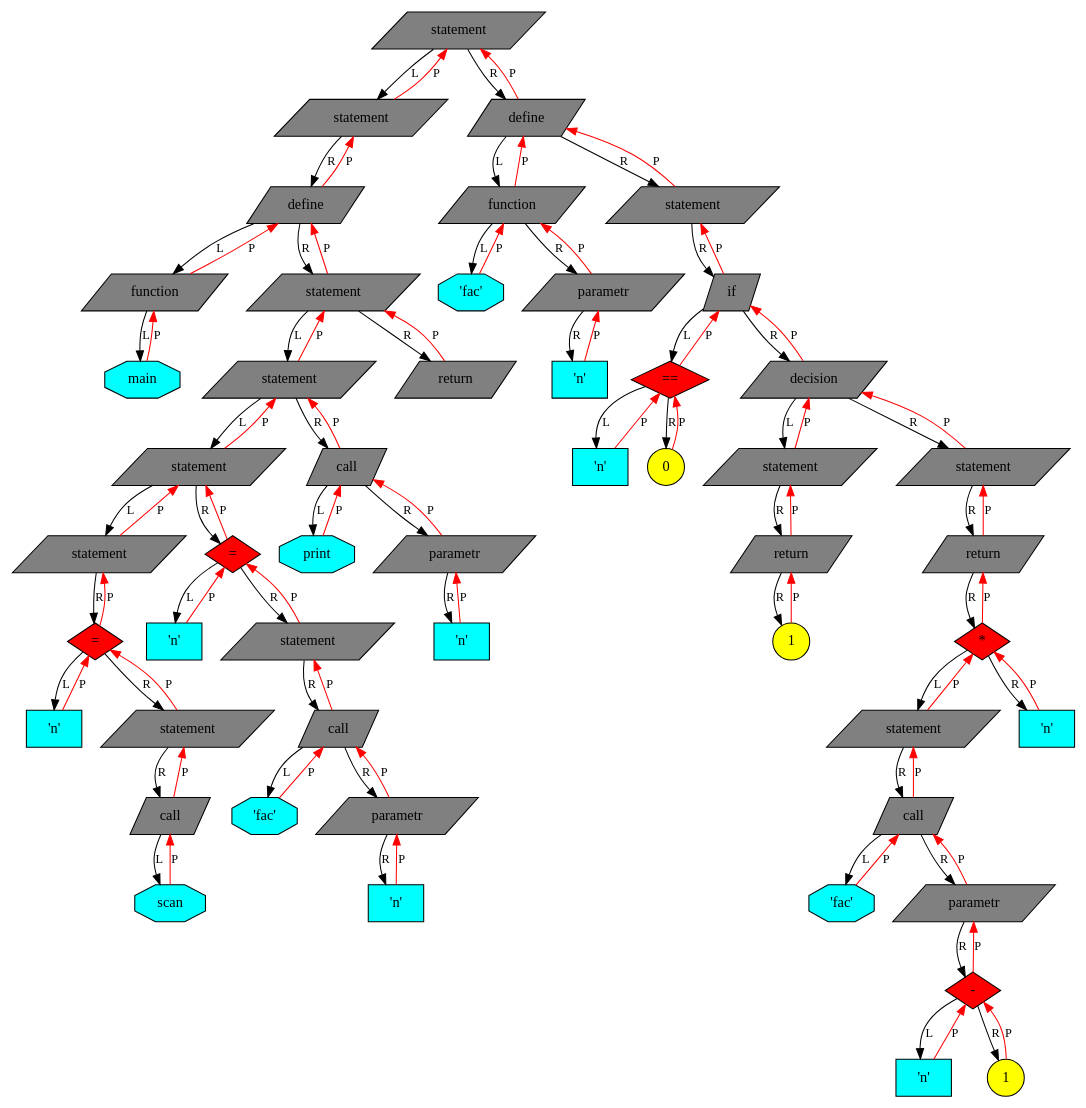
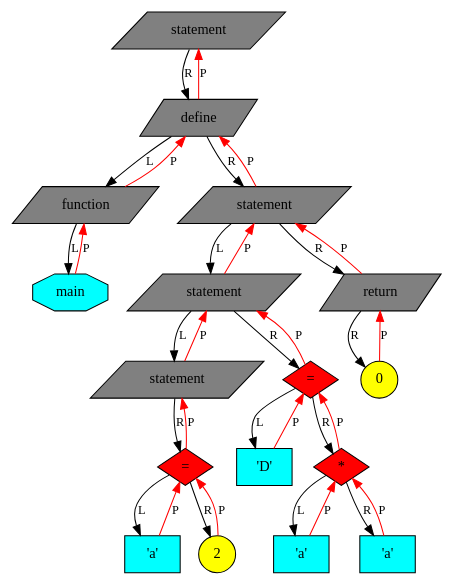
Before and after one commit to vihlancevk/MyProgrammingLanguage.2: the diagram in res/graphviz.gv, drawn with Graphviz. The commit also changed 7 other files, not shown here.

```diff
--- a/res/graphviz.gv
+++ b/res/graphviz.gv
@@ -4,157 +4,55 @@
 
 	node[fontsize=14];
 
-	94231579767584[shape=record, shape=parallelogram, style="filled", fillcolor=grey, label="statement"];
-	94231579723456[shape=record, shape=parallelogram, style="filled", fillcolor=grey, label="statement"];
-	94231579723520[shape=record, shape=parallelogram, style="filled", fillcolor=grey, label="define"];
-	94231579724000[shape=record, shape=parallelogram, style="filled", fillcolor=grey, label="function"];
-	94231579724480[shape=record, shape=octagon, style="filled", fillcolor=cyan, label="main"];
-	94231579766208[shape=record, shape=parallelogram, style="filled", fillcolor=grey, label="statement"];
-	94231579763808[shape=record, shape=parallelogram, style="filled", fillcolor=grey, label="statement"];
-	94231579727008[shape=record, shape=parallelogram, style="filled", fillcolor=grey, label="statement"];
-	94231579724960[shape=record, shape=parallelogram, style="filled", fillcolor=grey, label="statement"];
-	94231579725024[shape=record, shape=diamond, style="filled", fillcolor=red, label="="];
-	94231579725504[shape=record, shape=rectangle, style="filled", fillcolor=cyan, label="'n'"];
-	94231579725984[shape=record, shape=parallelogram, style="filled", fillcolor=grey, label="statement"];
-	94231579726048[shape=record, shape=parallelogram, style="filled", fillcolor=grey, label="call"];
-	94231579726528[shape=record, shape=octagon, style="filled", fillcolor=cyan, label="scan"];
-	94231579760032[shape=record, shape=diamond, style="filled", fillcolor=red, label="="];
-	94231579760512[shape=record, shape=rectangle, style="filled", fillcolor=cyan, label="'n'"];
-	94231579760992[shape=record, shape=parallelogram, style="filled", fillcolor=grey, label="statement"];
-	94231579761056[shape=record, shape=parallelogram, style="filled", fillcolor=grey, label="call"];
-	94231579761536[shape=record, shape=octagon, style="filled", fillcolor=cyan, label="'fac'"];
-	94231579762016[shape=record, shape=parallelogram, style="filled", fillcolor=grey, label="parametr"];
-	94231579762080[shape=record, shape=rectangle, style="filled", fillcolor=cyan, label="'n'"];
-	94231579763872[shape=record, shape=parallelogram, style="filled", fillcolor=grey, label="call"];
-	94231579764352[shape=record, shape=octagon, style="filled", fillcolor=cyan, label="print"];
-	94231579764832[shape=record, shape=parallelogram, style="filled", fillcolor=grey, label="parametr"];
-	94231579764896[shape=record, shape=rectangle, style="filled", fillcolor=cyan, label="'n'"];
-	94231579766272[shape=record, shape=parallelogram, style="filled", fillcolor=grey, label="return"];
-	94231579767648[shape=record, shape=parallelogram, style="filled", fillcolor=grey, label="define"];
-	94231579768128[shape=record, shape=parallelogram, style="filled", fillcolor=grey, label="function"];
-	94231579768608[shape=record, shape=octagon, style="filled", fillcolor=cyan, label="'fac'"];
-	94231579769088[shape=record, shape=parallelogram, style="filled", fillcolor=grey, label="parametr"];
-	94231579769152[shape=record, shape=rectangle, style="filled", fillcolor=cyan, label="'n'"];
-	94231579770048[shape=record, shape=parallelogram, style="filled", fillcolor=grey, label="statement"];
-	94231579770112[shape=record, shape=parallelogram, style="filled", fillcolor=grey, label="if"];
-	94231579771136[shape=record, shape=diamond, style="filled", fillcolor=red, label="=="];
-	94231579770592[shape=record, shape=rectangle, style="filled", fillcolor=cyan, label="'n'"];
-	94231579771072[shape=record, shape=circle, style="filled", fillcolor=yellow, label="0"];
-	94231579771616[shape=record, shape=parallelogram, style="filled", fillcolor=grey, label="decision"];
-	94231579772096[shape=record, shape=parallelogram, style="filled", fillcolor=grey, label="statement"];
-	94231579772160[shape=record, shape=parallelogram, style="filled", fillcolor=grey, label="return"];
-	94231579772640[shape=record, shape=circle, style="filled", fillcolor=yellow, label="1"];
-	94231579773120[shape=record, shape=parallelogram, style="filled", fillcolor=grey, label="statement"];
-	94231579773184[shape=record, shape=parallelogram, style="filled", fillcolor=grey, label="return"];
-	94231579777088[shape=record, shape=diamond, style="filled", fillcolor=red, label="*"];
-	94231579773664[shape=record, shape=parallelogram, style="filled", fillcolor=grey, label="statement"];
-	94231579773728[shape=record, shape=parallelogram, style="filled", fillcolor=grey, label="call"];
-	94231579774208[shape=record, shape=octagon, style="filled", fillcolor=cyan, label="'fac'"];
-	94231579774688[shape=record, shape=parallelogram, style="filled", fillcolor=grey, label="parametr"];
-	94231579775296[shape=record, shape=diamond, style="filled", fillcolor=red, label="-"];
-	94231579774752[shape=record, shape=rectangle, style="filled", fillcolor=cyan, label="'n'"];
-	94231579775232[shape=record, shape=circle, style="filled", fillcolor=yellow, label="1"];
-	94231579776608[shape=record, shape=rectangle, style="filled", fillcolor=cyan, label="'n'"];
+	94280130643264[shape=record, shape=parallelogram, style="filled", fillcolor=grey, label="statement"];
+	94280130643328[shape=record, shape=parallelogram, style="filled", fillcolor=grey, label="define"];
+	94280130643808[shape=record, shape=parallelogram, style="filled", fillcolor=grey, label="function"];
+	94280130644288[shape=record, shape=octagon, style="filled", fillcolor=cyan, label="main"];
+	94280130647072[shape=record, shape=parallelogram, style="filled", fillcolor=grey, label="statement"];
+	94280130646272[shape=record, shape=parallelogram, style="filled", fillcolor=grey, label="statement"];
+	94280130644768[shape=record, shape=parallelogram, style="filled", fillcolor=grey, label="statement"];
+	94280130644832[shape=record, shape=diamond, style="filled", fillcolor=red, label="="];
+	94280130645312[shape=record, shape=rectangle, style="filled", fillcolor=cyan, label="'a'"];
+	94280130645792[shape=record, shape=circle, style="filled", fillcolor=yellow, label="2"];
+	94280130646336[shape=record, shape=diamond, style="filled", fillcolor=red, label="="];
+	94280130646816[shape=record, shape=rectangle, style="filled", fillcolor=cyan, label="'D'"];
+	94280130647008[shape=record, shape=diamond, style="filled", fillcolor=red, label="*"];
+	94280130646880[shape=record, shape=rectangle, style="filled", fillcolor=cyan, label="'a'"];
+	94280130646944[shape=record, shape=rectangle, style="filled", fillcolor=cyan, label="'a'"];
+	94280130657376[shape=record, shape=parallelogram, style="filled", fillcolor=grey, label="return"];
+	94280130657856[shape=record, shape=circle, style="filled", fillcolor=yellow, label="0"];
 
-	94231579767584 -> 94231579723456[label = "L", fontsize=12]
-	94231579767584 -> 94231579767648[label = "R", fontsize=12]
-	94231579723456 -> 94231579767584[label = "P", color=red, fontsize=12]
-	94231579723456 -> 94231579723520[label = "R", fontsize=12]
-	94231579723520 -> 94231579723456[label = "P", color=red, fontsize=12]
-	94231579723520 -> 94231579724000[label = "L", fontsize=12]
-	94231579723520 -> 94231579766208[label = "R", fontsize=12]
-	94231579724000 -> 94231579723520[label = "P", color=red, fontsize=12]
-	94231579724000 -> 94231579724480[label = "L", fontsize=12]
-	94231579724480 -> 94231579724000[label = "P", color=red, fontsize=12]
-	94231579766208 -> 94231579723520[label = "P", color=red, fontsize=12]
-	94231579766208 -> 94231579763808[label = "L", fontsize=12]
-	94231579766208 -> 94231579766272[label = "R", fontsize=12]
-	94231579763808 -> 94231579766208[label = "P", color=red, fontsize=12]
-	94231579763808 -> 94231579727008[label = "L", fontsize=12]
-	94231579763808 -> 94231579763872[label = "R", fontsize=12]
-	94231579727008 -> 94231579763808[label = "P", color=red, fontsize=12]
-	94231579727008 -> 94231579724960[label = "L", fontsize=12]
-	94231579727008 -> 94231579760032[label = "R", fontsize=12]
-	94231579724960 -> 94231579727008[label = "P", color=red, fontsize=12]
-	94231579724960 -> 94231579725024[label = "R", fontsize=12]
-	94231579725024 -> 94231579724960[label = "P", color=red, fontsize=12]
-	94231579725024 -> 94231579725504[label = "L", fontsize=12]
-	94231579725024 -> 94231579725984[label = "R", fontsize=12]
-	94231579725504 -> 94231579725024[label = "P", color=red, fontsize=12]
-	94231579725984 -> 94231579725024[label = "P", color=red, fontsize=12]
-	94231579725984 -> 94231579726048[label = "R", fontsize=12]
-	94231579726048 -> 94231579725984[label = "P", color=red, fontsize=12]
-	94231579726048 -> 94231579726528[label = "L", fontsize=12]
-	94231579726528 -> 94231579726048[label = "P", color=red, fontsize=12]
-	94231579760032 -> 94231579727008[label = "P", color=red, fontsize=12]
-	94231579760032 -> 94231579760512[label = "L", fontsize=12]
-	94231579760032 -> 94231579760992[label = "R", fontsize=12]
-	94231579760512 -> 94231579760032[label = "P", color=red, fontsize=12]
-	94231579760992 -> 94231579760032[label = "P", color=red, fontsize=12]
-	94231579760992 -> 94231579761056[label = "R", fontsize=12]
-	94231579761056 -> 94231579760992[label = "P", color=red, fontsize=12]
-	94231579761056 -> 94231579761536[label = "L", fontsize=12]
-	94231579761056 -> 94231579762016[label = "R", fontsize=12]
-	94231579761536 -> 94231579761056[label = "P", color=red, fontsize=12]
-	94231579762016 -> 94231579761056[label = "P", color=red, fontsize=12]
-	94231579762016 -> 94231579762080[label = "R", fontsize=12]
-	94231579762080 -> 94231579762016[label = "P", color=red, fontsize=12]
-	94231579763872 -> 94231579763808[label = "P", color=red, fontsize=12]
-	94231579763872 -> 94231579764352[label = "L", fontsize=12]
-	94231579763872 -> 94231579764832[label = "R", fontsize=12]
-	94231579764352 -> 94231579763872[label = "P", color=red, fontsize=12]
-	94231579764832 -> 94231579763872[label = "P", color=red, fontsize=12]
-	94231579764832 -> 94231579764896[label = "R", fontsize=12]
-	94231579764896 -> 94231579764832[label = "P", color=red, fontsize=12]
-	94231579766272 -> 94231579766208[label = "P", color=red, fontsize=12]
-	94231579767648 -> 94231579767584[label = "P", color=red, fontsize=12]
-	94231579767648 -> 94231579768128[label = "L", fontsize=12]
-	94231579767648 -> 94231579770048[label = "R", fontsize=12]
-	94231579768128 -> 94231579767648[label = "P", color=red, fontsize=12]
-	94231579768128 -> 94231579768608[label = "L", fontsize=12]
-	94231579768128 -> 94231579769088[label = "R", fontsize=12]
-	94231579768608 -> 94231579768128[label = "P", color=red, fontsize=12]
-	94231579769088 -> 94231579768128[label = "P", color=red, fontsize=12]
-	94231579769088 -> 94231579769152[label = "R", fontsize=12]
-	94231579769152 -> 94231579769088[label = "P", color=red, fontsize=12]
-	94231579770048 -> 94231579767648[label = "P", color=red, fontsize=12]
-	94231579770048 -> 94231579770112[label = "R", fontsize=12]
-	94231579770112 -> 94231579770048[label = "P", color=red, fontsize=12]
-	94231579770112 -> 94231579771136[label = "L", fontsize=12]
-	94231579770112 -> 94231579771616[label = "R", fontsize=12]
-	94231579771136 -> 94231579770112[label = "P", color=red, fontsize=12]
-	94231579771136 -> 94231579770592[label = "L", fontsize=12]
-	94231579771136 -> 94231579771072[label = "R", fontsize=12]
-	94231579770592 -> 94231579771136[label = "P", color=red, fontsize=12]
-	94231579771072 -> 94231579771136[label = "P", color=red, fontsize=12]
-	94231579771616 -> 94231579770112[label = "P", color=red, fontsize=12]
-	94231579771616 -> 94231579772096[label = "L", fontsize=12]
-	94231579771616 -> 94231579773120[label = "R", fontsize=12]
-	94231579772096 -> 94231579771616[label = "P", color=red, fontsize=12]
-	94231579772096 -> 94231579772160[label = "R", fontsize=12]
-	94231579772160 -> 94231579772096[label = "P", color=red, fontsize=12]
-	94231579772160 -> 94231579772640[label = "R", fontsize=12]
-	94231579772640 -> 94231579772160[label = "P", color=red, fontsize=12]
-	94231579773120 -> 94231579771616[label = "P", color=red, fontsize=12]
-	94231579773120 -> 94231579773184[label = "R", fontsize=12]
-	94231579773184 -> 94231579773120[label = "P", color=red, fontsize=12]
-	94231579773184 -> 94231579777088[label = "R", fontsize=12]
-	94231579777088 -> 94231579773184[label = "P", color=red, fontsize=12]
-	94231579777088 -> 94231579773664[label = "L", fontsize=12]
-	94231579777088 -> 94231579776608[label = "R", fontsize=12]
-	94231579773664 -> 94231579777088[label = "P", color=red, fontsize=12]
-	94231579773664 -> 94231579773728[label = "R", fontsize=12]
-	94231579773728 -> 94231579773664[label = "P", color=red, fontsize=12]
-	94231579773728 -> 94231579774208[label = "L", fontsize=12]
-	94231579773728 -> 94231579774688[label = "R", fontsize=12]
-	94231579774208 -> 94231579773728[label = "P", color=red, fontsize=12]
-	94231579774688 -> 94231579773728[label = "P", color=red, fontsize=12]
-	94231579774688 -> 94231579775296[label = "R", fontsize=12]
-	94231579775296 -> 94231579774688[label = "P", color=red, fontsize=12]
-	94231579775296 -> 94231579774752[label = "L", fontsize=12]
-	94231579775296 -> 94231579775232[label = "R", fontsize=12]
-	94231579774752 -> 94231579775296[label = "P", color=red, fontsize=12]
-	94231579775232 -> 94231579775296[label = "P", color=red, fontsize=12]
-	94231579776608 -> 94231579777088[label = "P", color=red, fontsize=12]
+	94280130643264 -> 94280130643328[label = "R", fontsize=12]
+	94280130643328 -> 94280130643264[label = "P", color=red, fontsize=12]
+	94280130643328 -> 94280130643808[label = "L", fontsize=12]
+	94280130643328 -> 94280130647072[label = "R", fontsize=12]
+	94280130643808 -> 94280130643328[label = "P", color=red, fontsize=12]
+	94280130643808 -> 94280130644288[label = "L", fontsize=12]
+	94280130644288 -> 94280130643808[label = "P", color=red, fontsize=12]
+	94280130647072 -> 94280130643328[label = "P", color=red, fontsize=12]
+	94280130647072 -> 94280130646272[label = "L", fontsize=12]
+	94280130647072 -> 94280130657376[label = "R", fontsize=12]
+	94280130646272 -> 94280130647072[label = "P", color=red, fontsize=12]
+	94280130646272 -> 94280130644768[label = "L", fontsize=12]
+	94280130646272 -> 94280130646336[label = "R", fontsize=12]
+	94280130644768 -> 94280130646272[label = "P", color=red, fontsize=12]
+	94280130644768 -> 94280130644832[label = "R", fontsize=12]
+	94280130644832 -> 94280130644768[label = "P", color=red, fontsize=12]
+	94280130644832 -> 94280130645312[label = "L", fontsize=12]
+	94280130644832 -> 94280130645792[label = "R", fontsize=12]
+	94280130645312 -> 94280130644832[label = "P", color=red, fontsize=12]
+	94280130645792 -> 94280130644832[label = "P", color=red, fontsize=12]
+	94280130646336 -> 94280130646272[label = "P", color=red, fontsize=12]
+	94280130646336 -> 94280130646816[label = "L", fontsize=12]
+	94280130646336 -> 94280130647008[label = "R", fontsize=12]
+	94280130646816 -> 94280130646336[label = "P", color=red, fontsize=12]
+	94280130647008 -> 94280130646336[label = "P", color=red, fontsize=12]
+	94280130647008 -> 94280130646880[label = "L", fontsize=12]
+	94280130647008 -> 94280130646944[label = "R", fontsize=12]
+	94280130646880 -> 94280130647008[label = "P", color=red, fontsize=12]
+	94280130646944 -> 94280130647008[label = "P", color=red, fontsize=12]
+	94280130657376 -> 94280130647072[label = "P", color=red, fontsize=12]
+	94280130657376 -> 94280130657856[label = "R", fontsize=12]
+	94280130657856 -> 94280130657376[label = "P", color=red, fontsize=12]
 
 }
```
